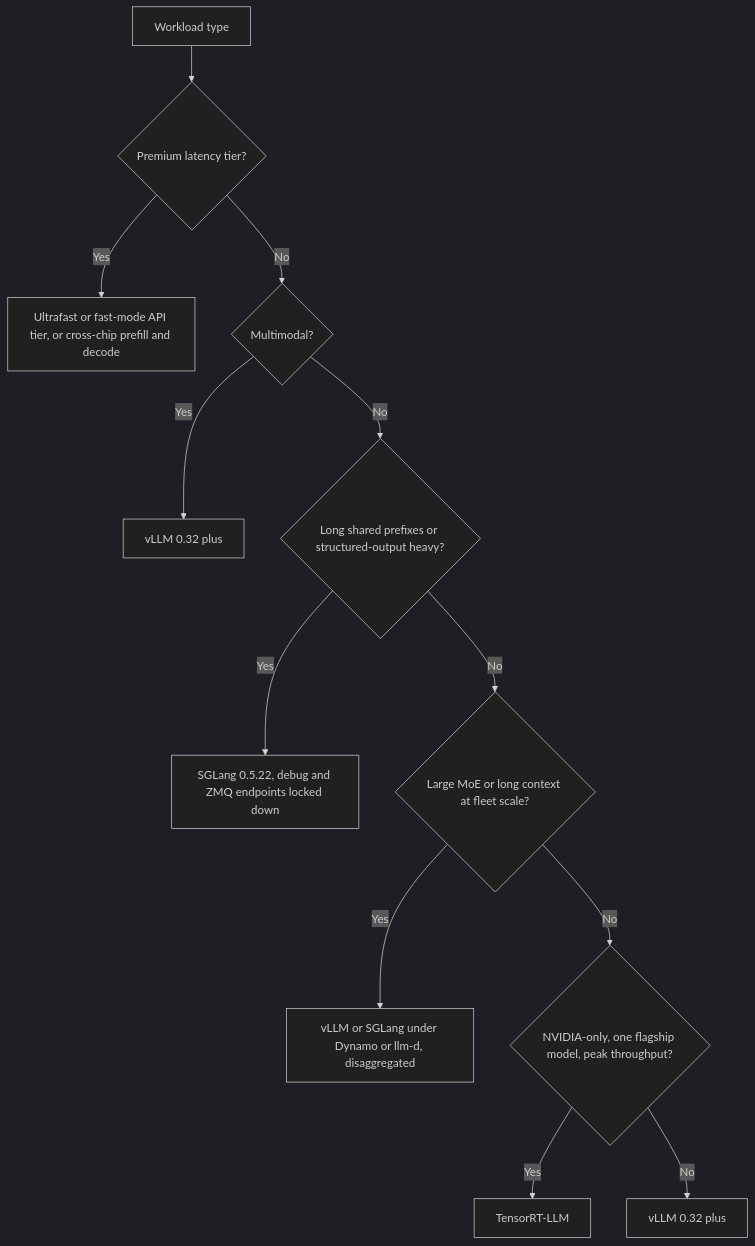
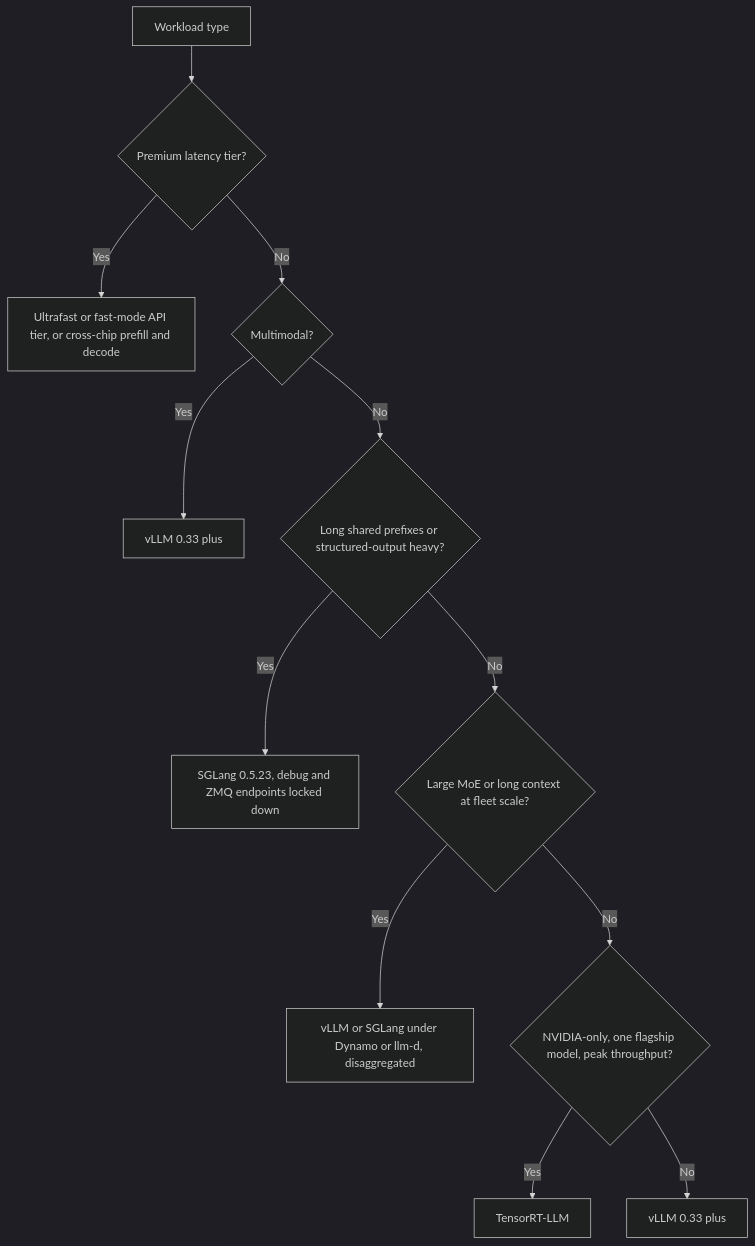
Before and after one commit to ombharatiya/ai-system-design-guide: the diagram in 04-inference-optimization/06-serving-infrastructure.md, drawn with Mermaid (dark theme). The commit also changed other lines of this file and 92 other files, not shown here.

````diff
--- a/04-inference-optimization/06-serving-infrastructure.md
+++ b/04-inference-optimization/06-serving-infrastructure.md
@@ -160,14 +161,14 @@
 ```mermaid
 flowchart TD
     A[Workload type] --> B{Premium latency tier?}
     B -->|Yes| L[Ultrafast or fast-mode API tier, or cross-chip prefill and decode]
     B -->|No| C{Multimodal?}
-    C -->|Yes| D[vLLM 0.32 plus]
+    C -->|Yes| D[vLLM 0.33 plus]
     C -->|No| E{Long shared prefixes or structured-output heavy?}
-    E -->|Yes| F[SGLang 0.5.22, debug and ZMQ endpoints locked down]
+    E -->|Yes| F[SGLang 0.5.23, debug and ZMQ endpoints locked down]
     E -->|No| G{Large MoE or long context at fleet scale?}
     G -->|Yes| H[vLLM or SGLang under Dynamo or llm-d, disaggregated]
     G -->|No| I{NVIDIA-only, one flagship model, peak throughput?}
     I -->|Yes| J[TensorRT-LLM]
-    I -->|No| K[vLLM 0.32 plus]
+    I -->|No| K[vLLM 0.33 plus]
 ```
````
